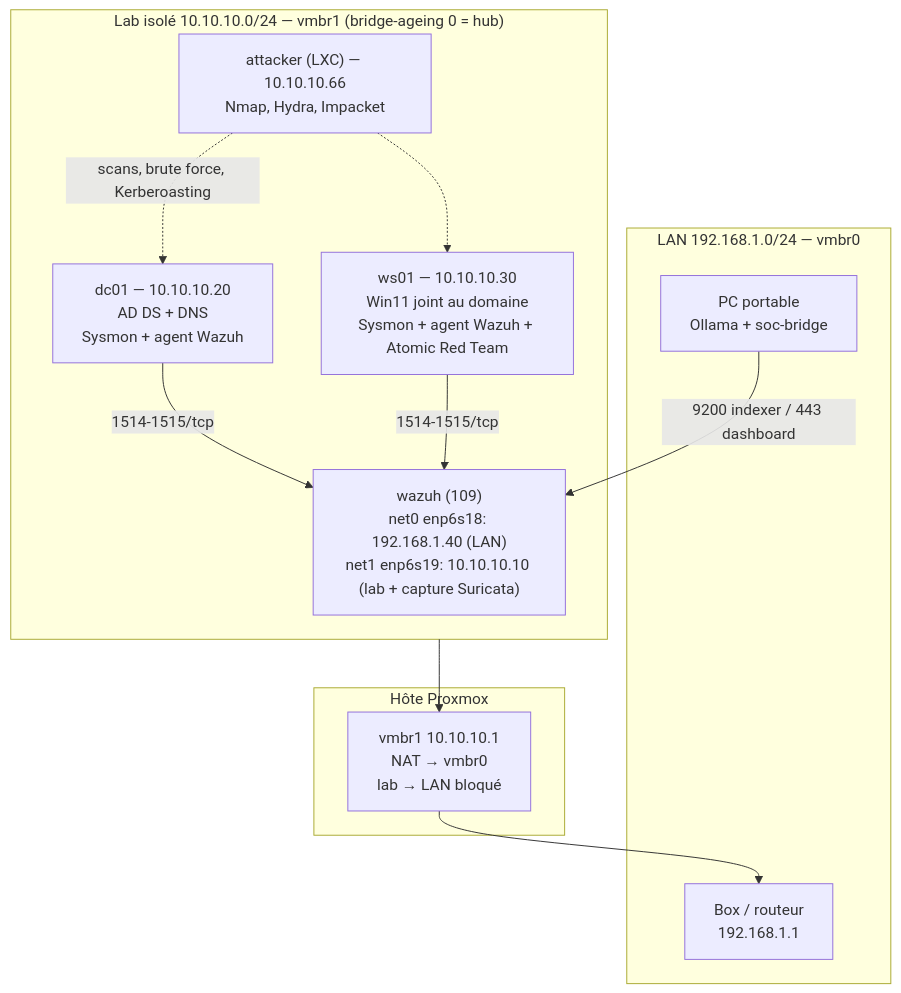
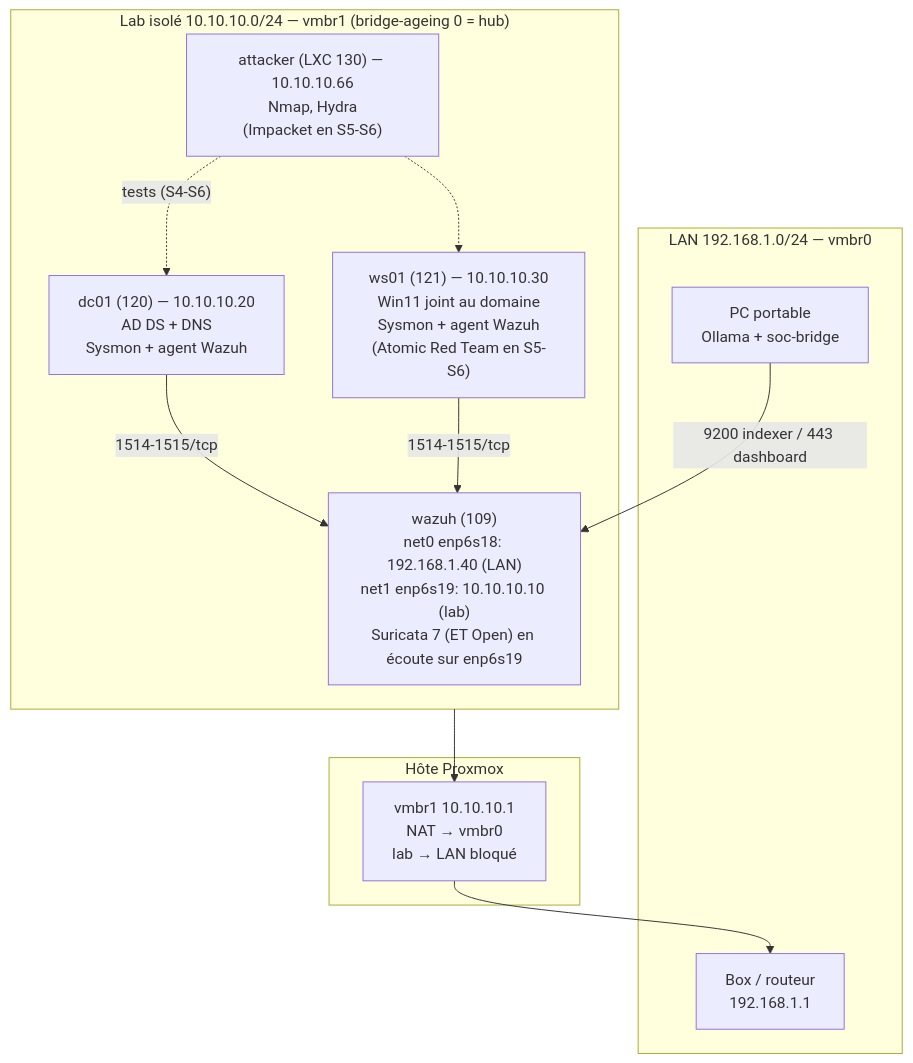
Before and after one commit to MCRB-Thom/SOC-Homelab: the second of 2 diagrams in docs/architecture.md, drawn with Mermaid. The commit also changed other lines of this file and 5 other files, not shown here.

First line of the commit message:
Semaine 4 (en cours) : compte rendu, architecture et conservation des journaux

````diff
--- a/docs/architecture.md
+++ b/docs/architecture.md
@@ -30,25 +30,25 @@
 ```mermaid
 flowchart TB
     subgraph LAN["LAN 192.168.1.0/24 — vmbr0"]
         PC["PC portable<br/>Ollama + soc-bridge"]
         BOX["Box / routeur<br/>192.168.1.1"]
     end
 
     subgraph HOST["Hôte Proxmox"]
         NAT["vmbr1 10.10.10.1<br/>NAT → vmbr0<br/>lab → LAN bloqué"]
     end
 
     subgraph LAB["Lab isolé 10.10.10.0/24 — vmbr1 (bridge-ageing 0 = hub)"]
-        WZ["wazuh (109)<br/>net0 enp6s18: 192.168.1.40 (LAN)<br/>net1 enp6s19: 10.10.10.10 (lab + capture Suricata)"]
-        DC["dc01 — 10.10.10.20<br/>AD DS + DNS<br/>Sysmon + agent Wazuh"]
-        WS["ws01 — 10.10.10.30<br/>Win11 joint au domaine<br/>Sysmon + agent Wazuh + Atomic Red Team"]
-        ATK["attacker (LXC) — 10.10.10.66<br/>Nmap, Hydra, Impacket"]
+        WZ["wazuh (109)<br/>net0 enp6s18: 192.168.1.40 (LAN)<br/>net1 enp6s19: 10.10.10.10 (lab)<br/>Suricata 7 (ET Open) en écoute sur enp6s19"]
+        DC["dc01 (120) — 10.10.10.20<br/>AD DS + DNS<br/>Sysmon + agent Wazuh"]
+        WS["ws01 (121) — 10.10.10.30<br/>Win11 joint au domaine<br/>Sysmon + agent Wazuh<br/>(Atomic Red Team en S5-S6)"]
+        ATK["attacker (LXC 130) — 10.10.10.66<br/>Nmap, Hydra<br/>(Impacket en S5-S6)"]
     end
 
     PC -- "9200 indexer / 443 dashboard" --> WZ
     DC -- "1514-1515/tcp" --> WZ
     WS -- "1514-1515/tcp" --> WZ
-    ATK -. "scans, brute force, Kerberoasting" .-> DC
+    ATK -. "tests (S4-S6)" .-> DC
     ATK -.-> WS
     LAB --> NAT --> BOX
 ```
````
